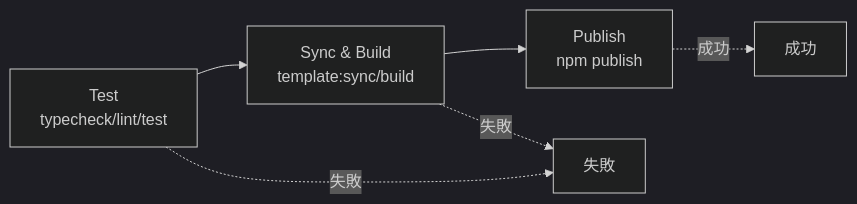
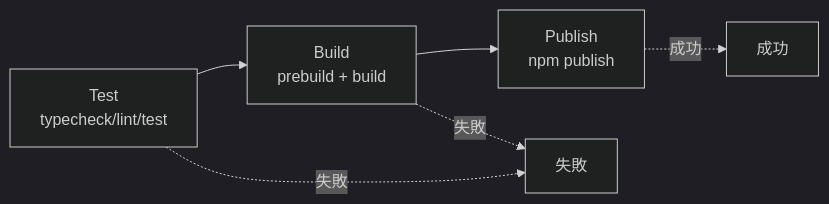
The seventh of 7 diagrams in docs/specs/issues/cli/issue22-create-einja-app/design.md (einja-inc/einja-management-template), drawn with Mermaid (dark theme) before and after one commit. The commit also changed other lines of this file and 1 other file, not shown here.

````diff
--- a/docs/specs/issues/cli/issue22-create-einja-app/design.md
+++ b/docs/specs/issues/cli/issue22-create-einja-app/design.md
@@ -779,9 +798,9 @@
 ```mermaid
 graph LR
-    Test[Test<br/>typecheck/lint/test] --> SyncBuild[Sync & Build<br/>template:sync/build]
-    SyncBuild --> Publish[Publish<br/>npm publish]
+    Test[Test<br/>typecheck/lint/test] --> Build[Build<br/>prebuild + build]
+    Build --> Publish[Publish<br/>npm publish]
 
     Test -.-> |失敗| Fail[失敗]
-    SyncBuild -.-> |失敗| Fail
+    Build -.-> |失敗| Fail
     Publish -.-> |成功| Success[成功]
 ```
````
